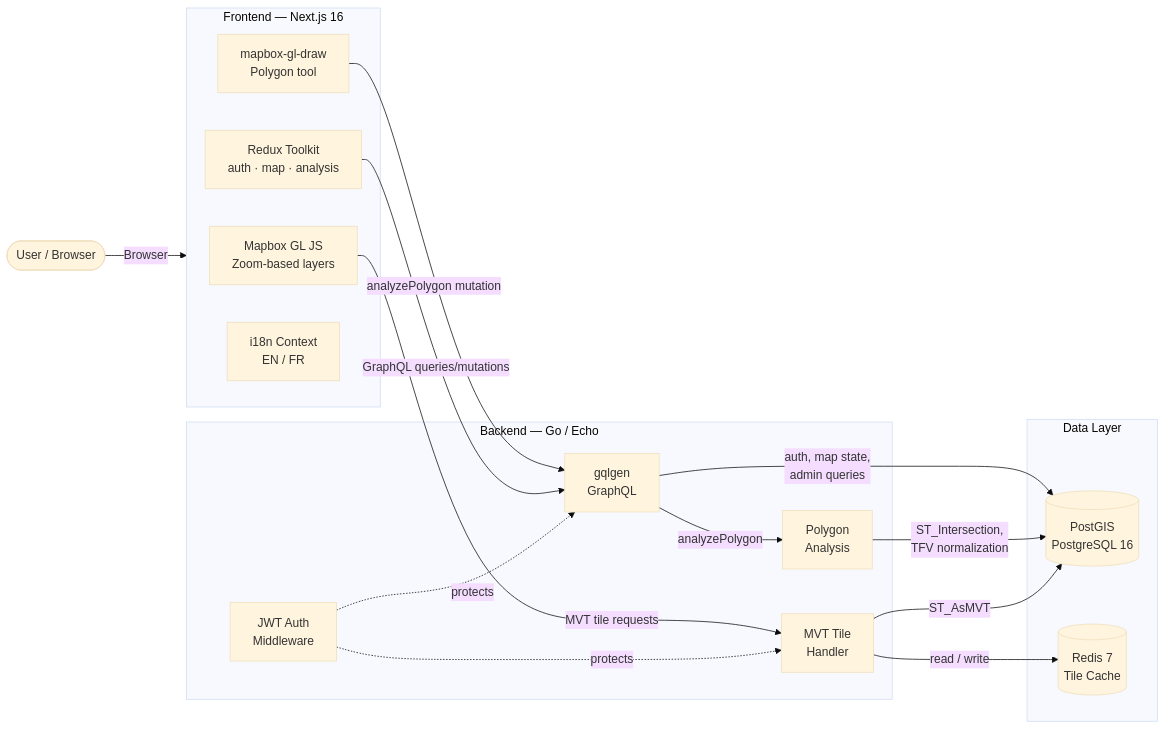
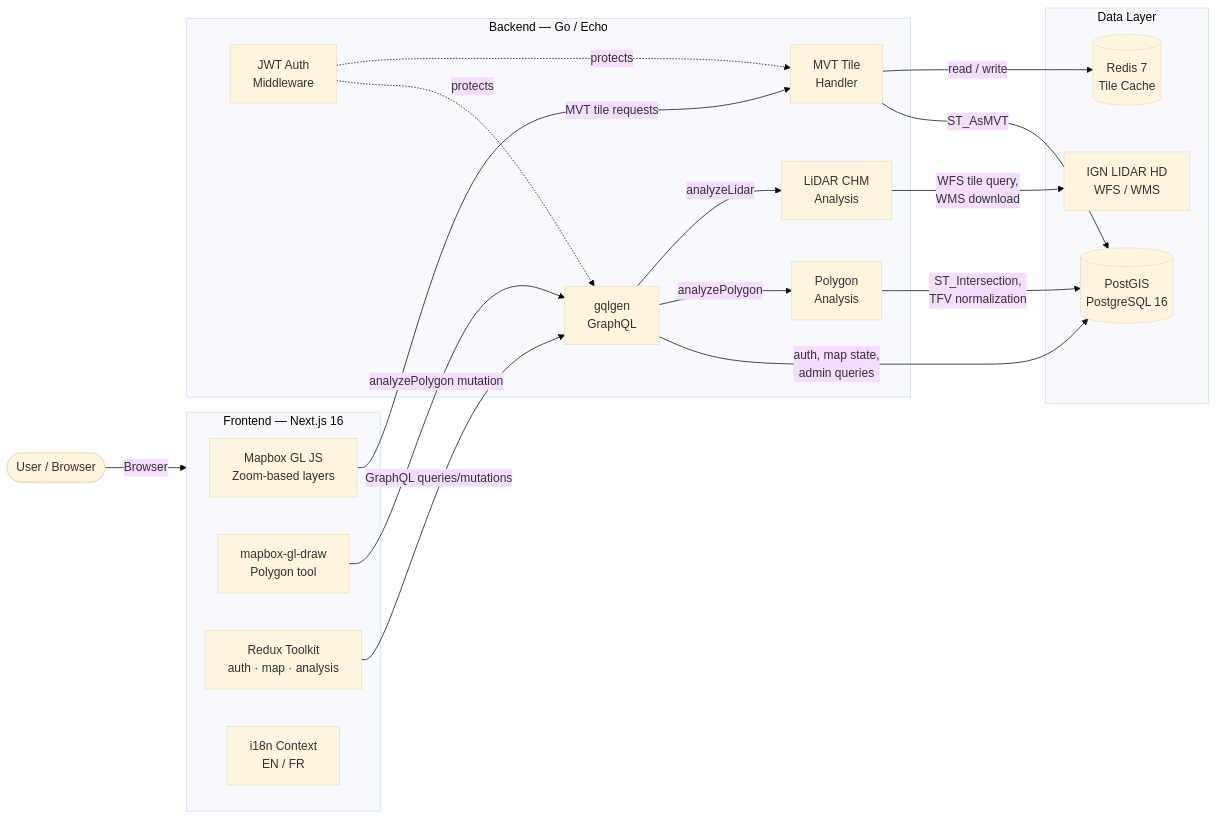
Before and after one commit to arihant-dev/forest-bd-viewer: the diagram in README.md, drawn with Mermaid (base theme). The commit also changed other lines of this file and 15 other files, not shown here.

First line of the commit message:
feat: add LiDAR CHM analysis functionality

````diff
--- a/README.md
+++ b/README.md
@@ -39,37 +40,41 @@
 ```mermaid
 graph LR
     User([User / Browser])
 
     subgraph Frontend["Frontend — Next.js 16"]
         Map[Mapbox GL JS<br/>Zoom-based layers]
         Draw[mapbox-gl-draw<br/>Polygon tool]
         Redux[Redux Toolkit<br/>auth · map · analysis]
         I18n[i18n Context<br/>EN / FR]
     end
 
     subgraph Backend["Backend — Go / Echo"]
         Auth[JWT Auth<br/>Middleware]
         GQL[gqlgen<br/>GraphQL]
         Tiles[MVT Tile<br/>Handler]
         Analysis[Polygon<br/>Analysis]
+        LiDAR[LiDAR CHM<br/>Analysis]
     end
 
     subgraph Data["Data Layer"]
         DB[(PostGIS<br/>PostgreSQL 16)]
         Cache[(Redis 7<br/>Tile Cache)]
+        IGN[IGN LIDAR HD<br/>WFS / WMS]
     end
 
     User -->|Browser| Frontend
     Map   -->|MVT tile requests| Tiles
     Draw  -->|analyzePolygon mutation| GQL
     Redux -->|GraphQL queries/mutations| GQL
 
     GQL   -->|auth, map state,<br/>admin queries| DB
     GQL   -->|analyzePolygon| Analysis
+    GQL   -->|analyzeLidar| LiDAR
     Analysis -->|ST_Intersection,<br/>TFV normalization| DB
+    LiDAR -->|WFS tile query,<br/>WMS download| IGN
     Tiles -->|ST_AsMVT| DB
     Tiles -->|read / write| Cache
 
     Auth -.->|protects| GQL
     Auth -.->|protects| Tiles
 ```
````
